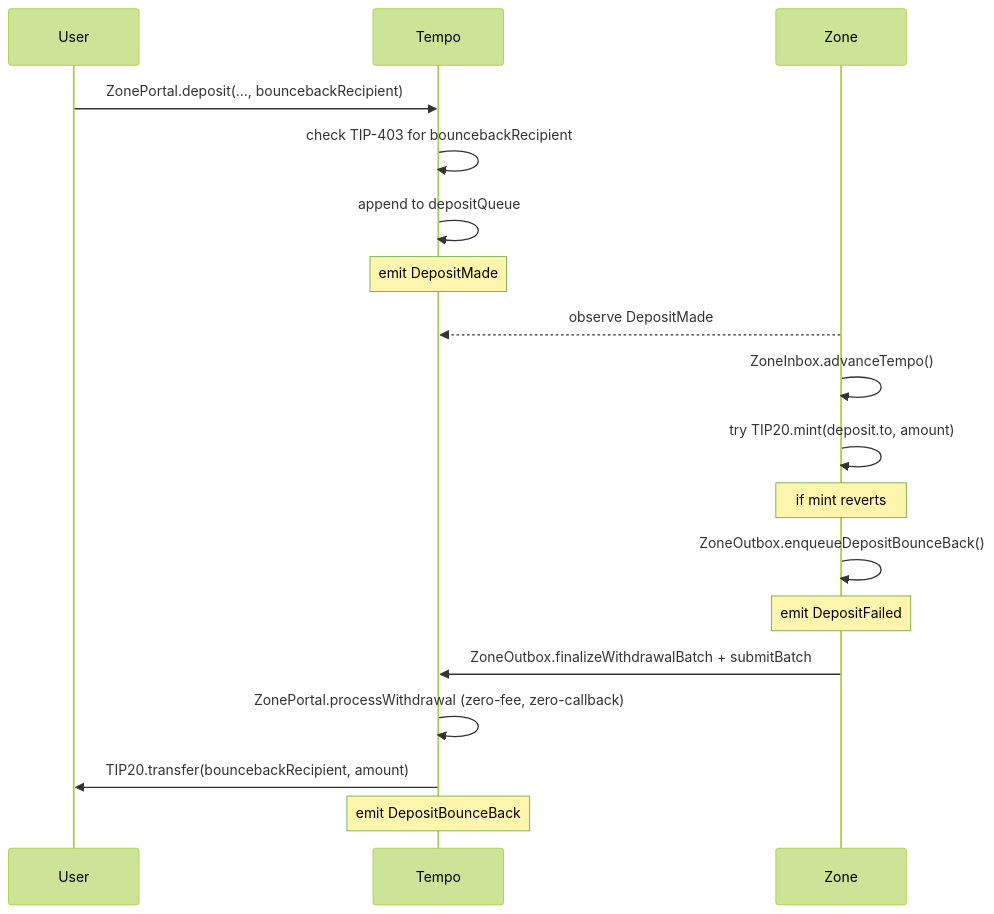
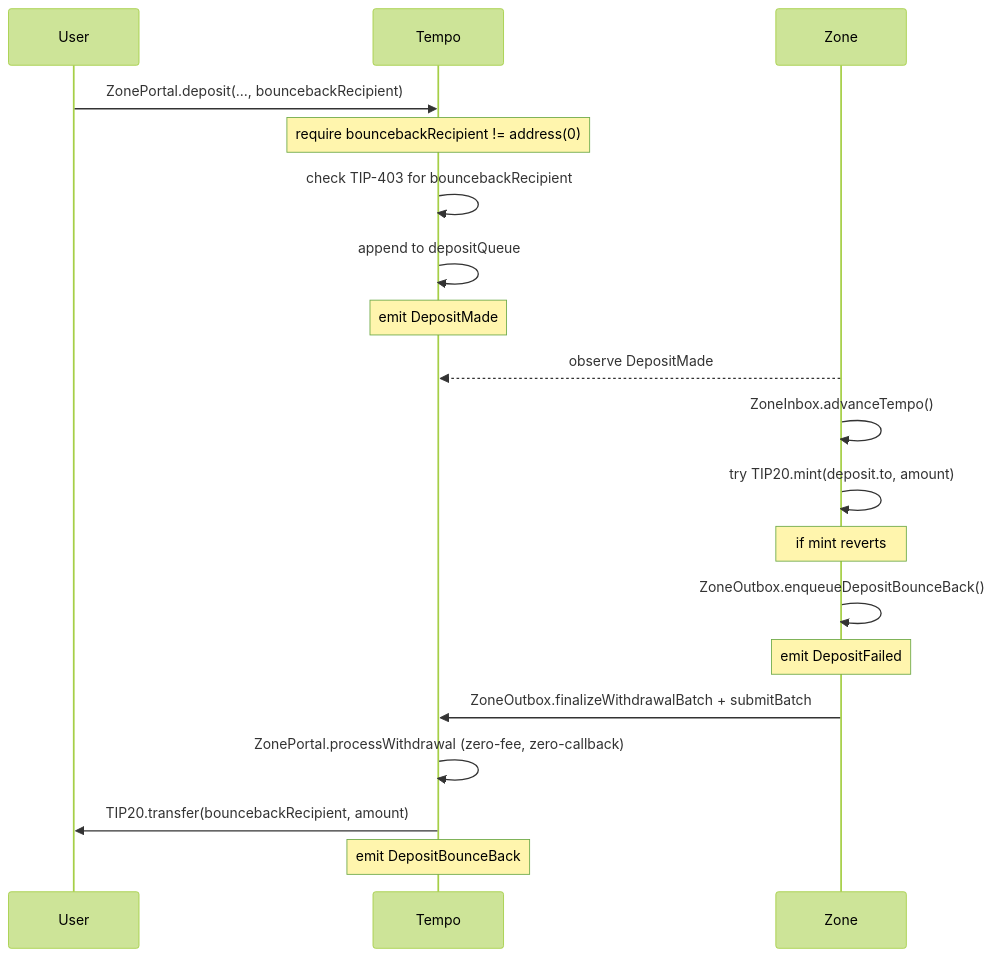
One commit to tempoxyz/zones changed the fourth of 5 diagrams in specs/spec.md. Above: the diagram before and after it, drawn with Mermaid (forest theme). The commit also changed other lines of this file, not shown here.

````diff
--- a/specs/spec.md
+++ b/specs/spec.md
@@ -439,21 +440,22 @@
 ```mermaid
 sequenceDiagram
     participant U as User
     participant T as Tempo
     participant Z as Zone
 
     U->>T: ZonePortal.deposit(..., bouncebackRecipient)
+    Note over T: require bouncebackRecipient != address(0)
     T->>T: check TIP-403 for bouncebackRecipient
     T->>T: append to depositQueue
     Note over T: emit DepositMade
     Z-->>T: observe DepositMade
     Z->>Z: ZoneInbox.advanceTempo()
     Z->>Z: try TIP20.mint(deposit.to, amount)
     Note over Z: if mint reverts
     Z->>Z: ZoneOutbox.enqueueDepositBounceBack()
     Note over Z: emit DepositFailed
     Z->>T: ZoneOutbox.finalizeWithdrawalBatch + submitBatch
     T->>T: ZonePortal.processWithdrawal (zero-fee, zero-callback)
     T->>U: TIP20.transfer(bouncebackRecipient, amount)
     Note over T: emit DepositBounceBack
 ```
````
